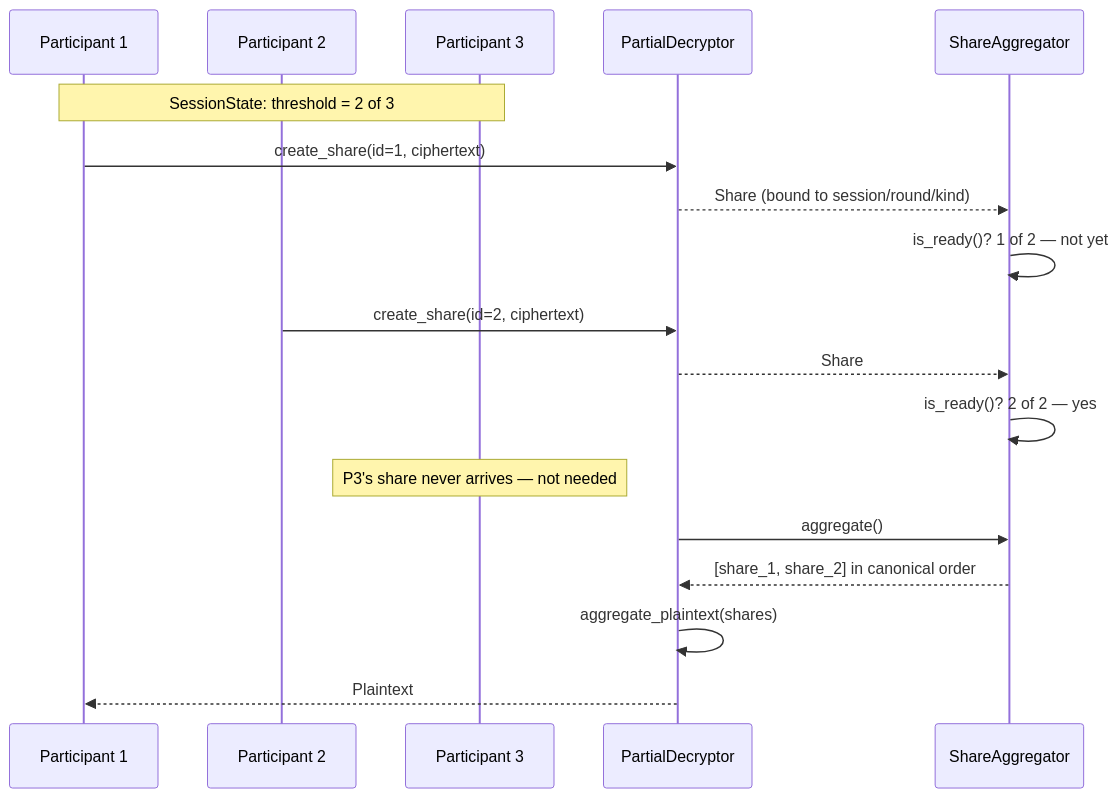
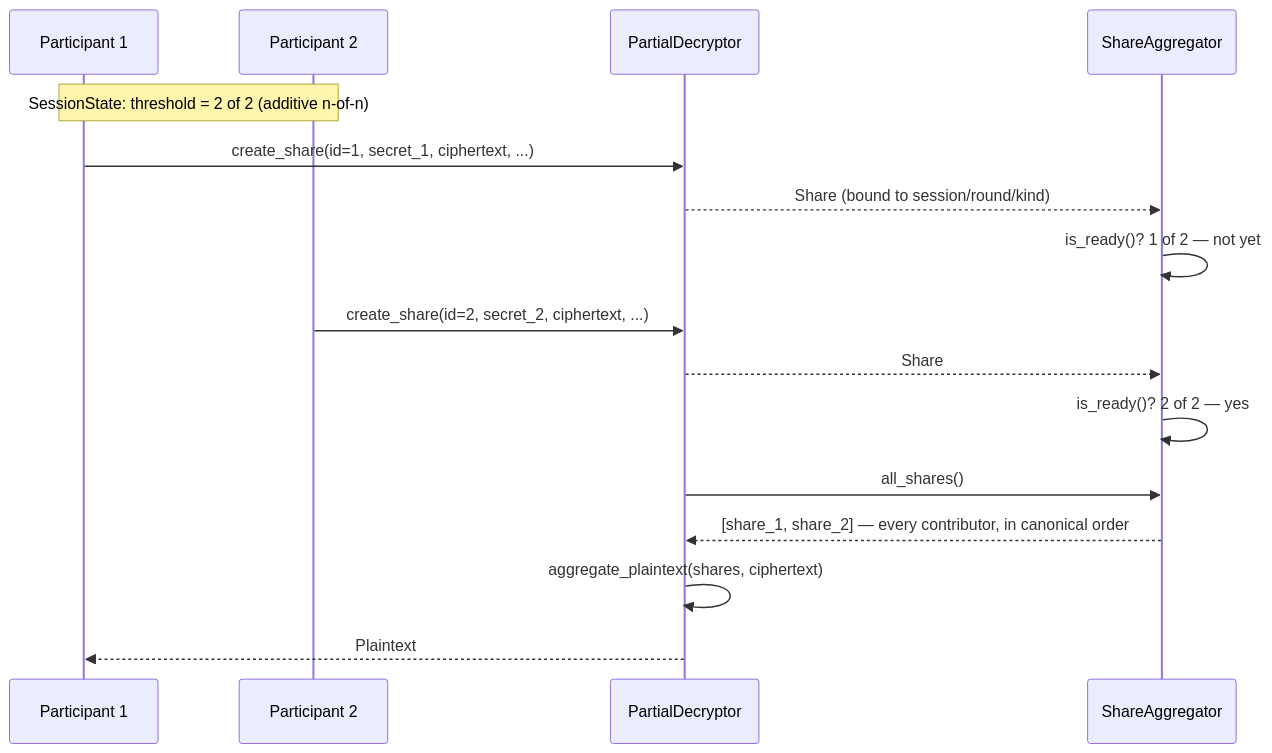
The fourth of 4 diagrams in docs/concepts.md (ultravioletrs/phantom-fhe), drawn with Mermaid before and after one commit. The commit also changed other lines of this file and 2 other files, not shown here.

````diff
--- a/docs/concepts.md
+++ b/docs/concepts.md
@@ -409,21 +411,19 @@
 ```mermaid
 sequenceDiagram
     participant P1 as Participant 1
     participant P2 as Participant 2
-    participant P3 as Participant 3
     participant Proto as PartialDecryptor
     participant Agg as ShareAggregator
 
-    Note over P1,P3: SessionState: threshold = 2 of 3
-    P1->>Proto: create_share(id=1, ciphertext)
+    Note over P1,P2: SessionState: threshold = 2 of 2 (additive n-of-n)
+    P1->>Proto: create_share(id=1, secret_1, ciphertext, ...)
     Proto-->>Agg: Share (bound to session/round/kind)
     Agg->>Agg: is_ready()? 1 of 2 — not yet
-    P2->>Proto: create_share(id=2, ciphertext)
+    P2->>Proto: create_share(id=2, secret_2, ciphertext, ...)
     Proto-->>Agg: Share
     Agg->>Agg: is_ready()? 2 of 2 — yes
-    Note over P3: P3's share never arrives — not needed
-    Proto->>Agg: aggregate()
-    Agg-->>Proto: [share_1, share_2] in canonical order
-    Proto->>Proto: aggregate_plaintext(shares)
+    Proto->>Agg: all_shares()
+    Agg-->>Proto: [share_1, share_2] — every contributor, in canonical order
+    Proto->>Proto: aggregate_plaintext(shares, ciphertext)
     Proto-->>P1: Plaintext
 ```
````
